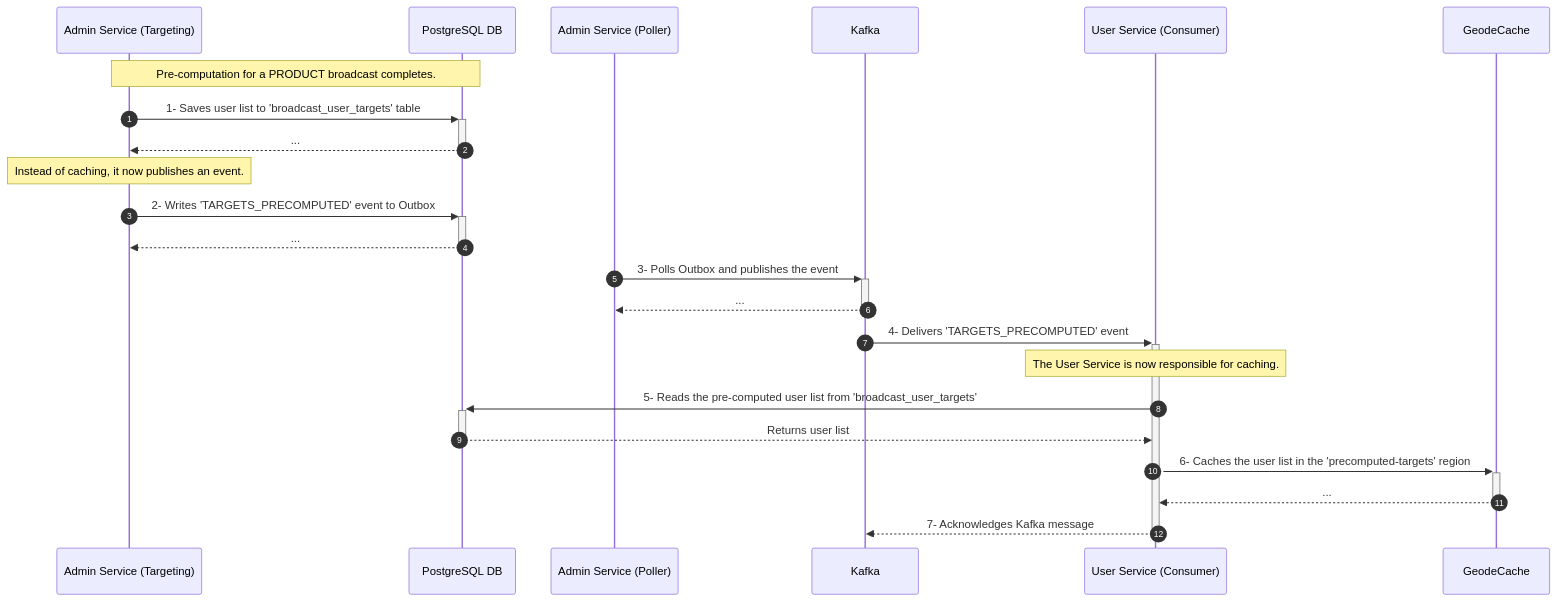
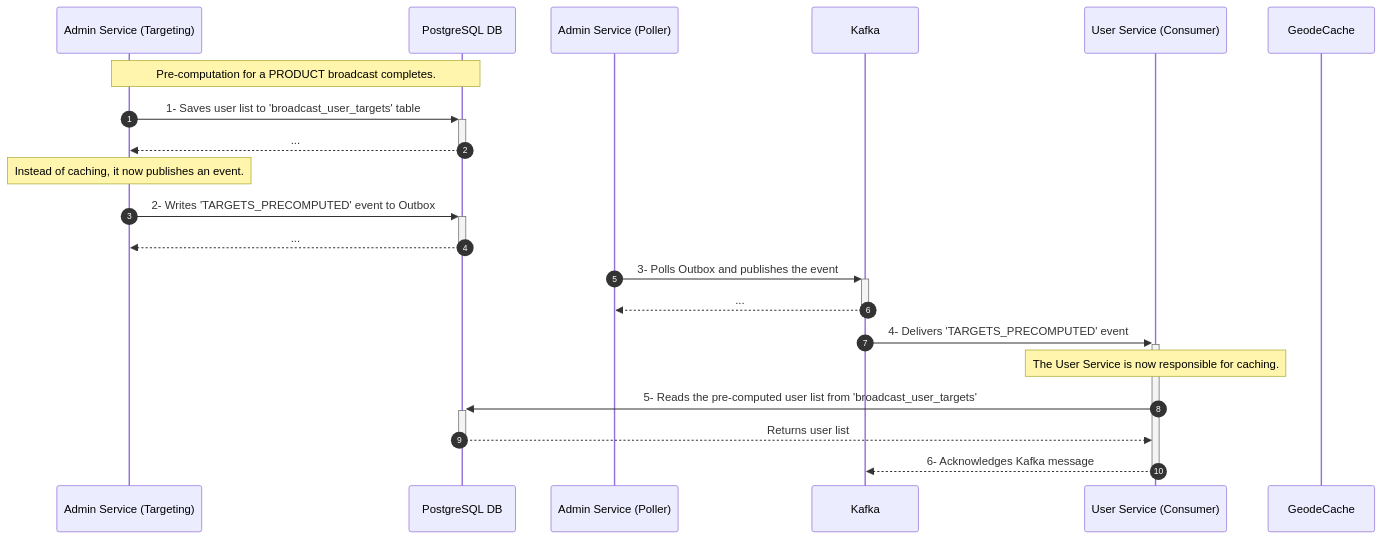
The diagram in MermaidDiagrams/seq-target-precompute-date-cache.mmd (rsrini7/Notification-SSE-GLM-Flux), drawn with Mermaid before and after one commit. The commit also changed 23 other files, not shown here.

First line of the commit message:
refactor(broadcast): remove precomputed-targets region and simplify message delivery

```diff
--- a/MermaidDiagrams/seq-target-precompute-date-cache.mmd
+++ b/MermaidDiagrams/seq-target-precompute-date-cache.mmd
@@ -1,31 +1,28 @@
 sequenceDiagram
     autonumber
 
     participant TargetingSvc as Admin Service (Targeting)
     participant DB as PostgreSQL DB
     participant OutboxPoller as Admin Service (Poller)
     participant Kafka
     participant Orchestrator as User Service (Consumer)
     participant GeodeCache
 
     note over TargetingSvc, DB: Pre-computation for a PRODUCT broadcast completes.
     TargetingSvc->>+DB: 1- Saves user list to 'broadcast_user_targets' table
     DB-->>-TargetingSvc: ...
 
     note over TargetingSvc: Instead of caching, it now publishes an event.
     TargetingSvc->>+DB: 2- Writes 'TARGETS_PRECOMPUTED' event to Outbox
     DB-->>-TargetingSvc: ...
 
     OutboxPoller->>+Kafka: 3- Polls Outbox and publishes the event
     Kafka-->>-OutboxPoller: ...
 
     Kafka->>+Orchestrator: 4- Delivers 'TARGETS_PRECOMPUTED' event
     
     note over Orchestrator: The User Service is now responsible for caching.
     Orchestrator->>+DB: 5- Reads the pre-computed user list from 'broadcast_user_targets'
     DB-->>-Orchestrator: Returns user list
 
-    Orchestrator->>+GeodeCache: 6- Caches the user list in the 'precomputed-targets' region
-    GeodeCache-->>-Orchestrator: ... 
-    
-    Orchestrator-->>-Kafka: 7- Acknowledges Kafka message
+    Orchestrator-->>-Kafka: 6- Acknowledges Kafka message
```
